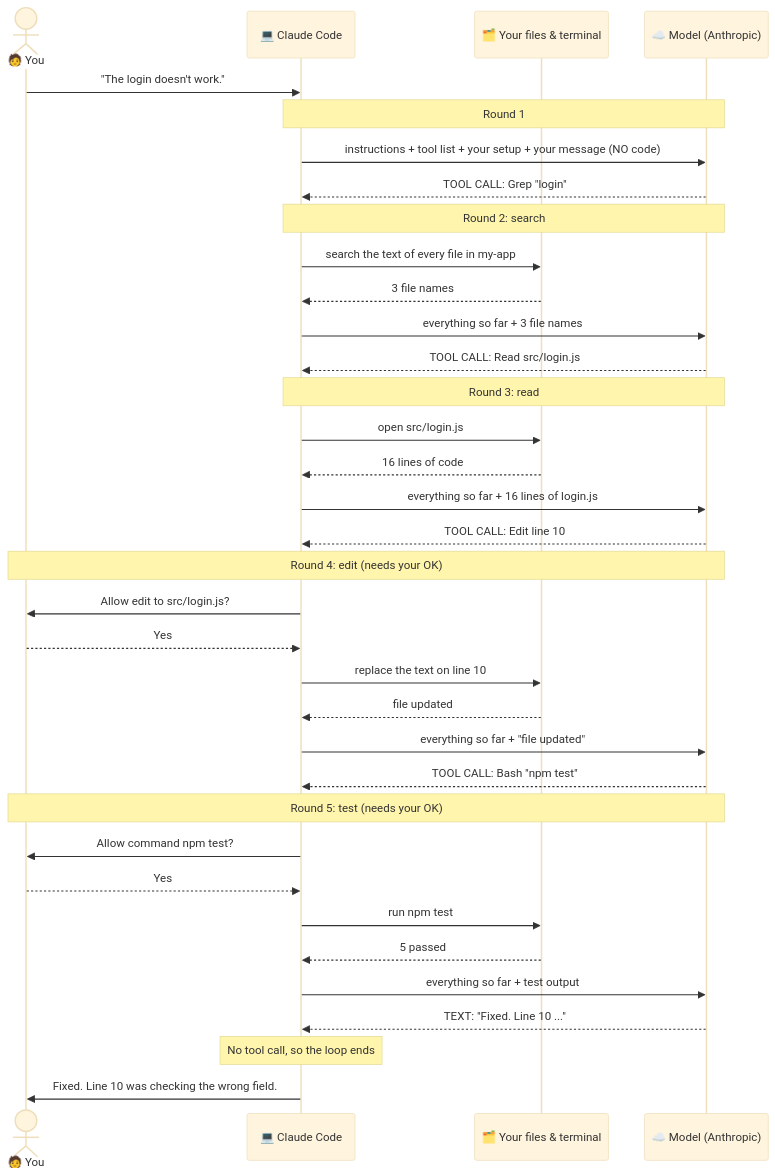
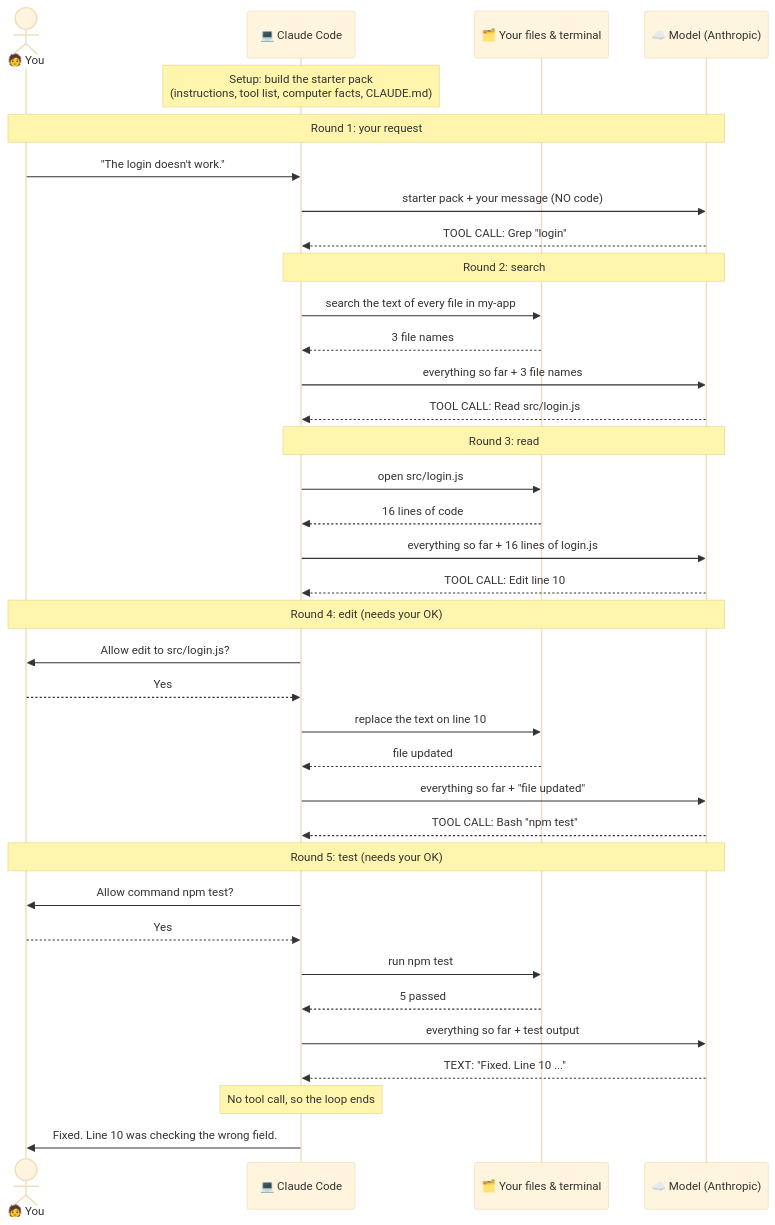
One commit to nirajp82/ClaudeArchitectProfessionalStudyGuide changed the third of 4 diagrams in 01_ClaudeCode101/02-how-claude-code-works.md. Above: the diagram before and after it, drawn with Mermaid (base theme). The commit also changed other lines of this file and 2 other files, not shown here.

````diff
--- a/01_ClaudeCode101/02-how-claude-code-works.md
+++ b/01_ClaudeCode101/02-how-claude-code-works.md
@@ -488,44 +539,45 @@
 ```mermaid
 sequenceDiagram
     actor You as 🧑 You
     participant CC as 💻 Claude Code
     participant PC as 🗂️ Your files & terminal
     participant M as ☁️ Model (Anthropic)
 
+    Note over CC: Setup: build the starter pack<br/>(instructions, tool list, computer facts, CLAUDE.md)
+
+    Note over You,M: Round 1: your request
     You->>CC: "The login doesn't work."
-
-    Note over CC,M: Round 1
-    CC->>M: instructions + tool list + your setup + your message (NO code)
+    CC->>M: starter pack + your message (NO code)
     M-->>CC: TOOL CALL: Grep "login"
 
     Note over CC,M: Round 2: search
     CC->>PC: search the text of every file in my-app
     PC-->>CC: 3 file names
     CC->>M: everything so far + 3 file names
     M-->>CC: TOOL CALL: Read src/login.js
 
     Note over CC,M: Round 3: read
     CC->>PC: open src/login.js
     PC-->>CC: 16 lines of code
     CC->>M: everything so far + 16 lines of login.js
     M-->>CC: TOOL CALL: Edit line 10
 
     Note over You,M: Round 4: edit (needs your OK)
     CC->>You: Allow edit to src/login.js?
     You-->>CC: Yes
     CC->>PC: replace the text on line 10
     PC-->>CC: file updated
     CC->>M: everything so far + "file updated"
     M-->>CC: TOOL CALL: Bash "npm test"
 
     Note over You,M: Round 5: test (needs your OK)
     CC->>You: Allow command npm test?
     You-->>CC: Yes
     CC->>PC: run npm test
     PC-->>CC: 5 passed
     CC->>M: everything so far + test output
     M-->>CC: TEXT: "Fixed. Line 10 ..."
 
     Note over CC: No tool call, so the loop ends
     CC->>You: Fixed. Line 10 was checking the wrong field.
 ```
````
